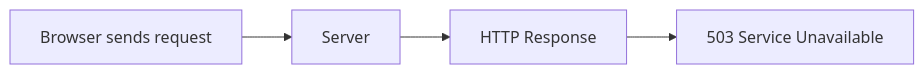
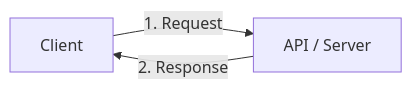
Before and after one commit to reltronersk/skill-wanderer-progress-documentation: the sixth of 8 diagrams in module-0-1/README.md, drawn with Mermaid. The commit also changed other lines of this file, not shown here.

````diff
--- a/module-0-1/README.md
+++ b/module-0-1/README.md
@@ -462,7 +303,5 @@
-```mermaid
+``` mermaid
 flowchart LR
-    A[Browser sends request]
-    --> B[Server]
-    --> C[HTTP Response]
-    --> D["503 Service Unavailable"]
+    A["Client"] -->|"1. Request"| B["API / Server"]
+    B -->|"2. Response"| A
 ```
````
